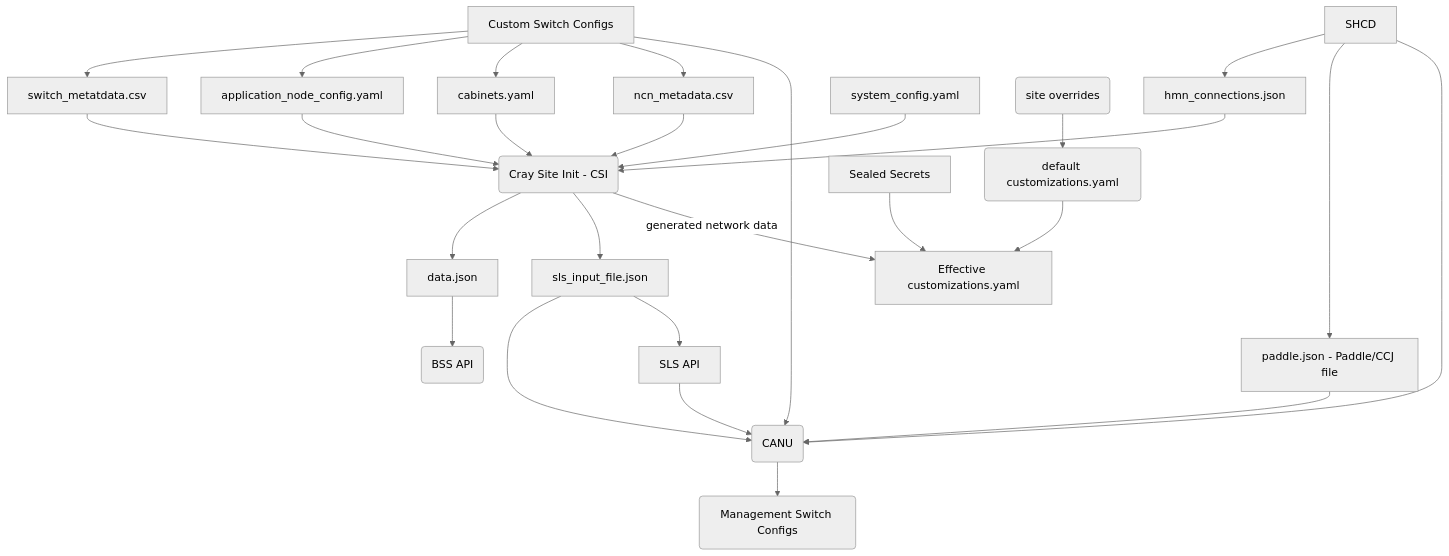
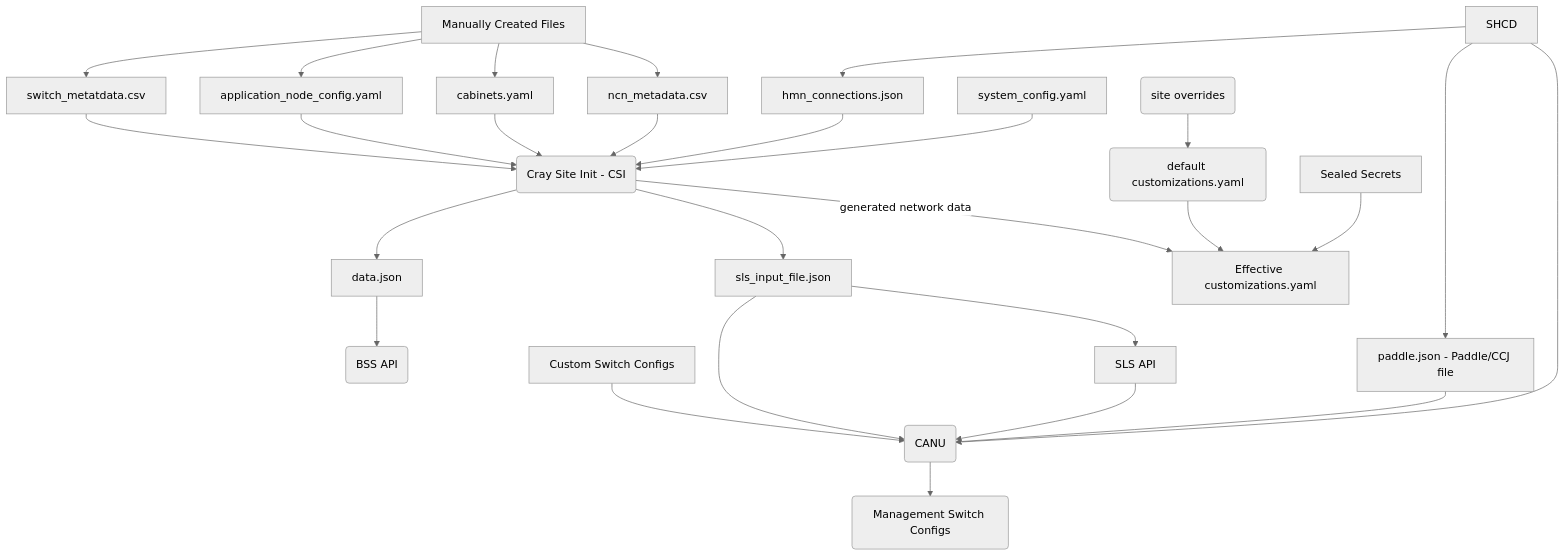
The diagram in install/README.md (sumithrb/docs-csm), drawn with Mermaid (neutral theme) before and after one commit.

Commit message:
Fixed the double-defined Z node in the mermaid graph.

````diff
--- a/install/README.md
+++ b/install/README.md
@@ -94,29 +94,29 @@
 ```mermaid
 graph TD
-    Z[Manually Created Files] --> F;
-    Z --> B;
-    Z --> C;
-    Z --> E;
+    Y[Manually Created Files] --> F;
+    Y --> B;
+    Y --> C;
+    Y --> E;
     A[SHCD] --> D[hmn_connections.json];
     B[application_node_config.yaml] --> G(Cray Site Init - CSI);
     C[cabinets.yaml] --> G
     D --> G
     E[ncn_metadata.csv] --> G
     F[switch_metatdata.csv] --> G;
     H[system_config.yaml] --> G
     G --> J[data.json]
     A --> K[paddle.json - Paddle/CCJ file]
     G --> L[sls_input_file.json]
     Z[Custom Switch Configs] --> I
     L --> I(CANU)
     A --> I;
     K --> I;
     L --> M[SLS API];
     M --> I;
     I --> N(Management Switch Configs);
     J --> O(BSS API)
     P(site overrides) --> Q(default customizations.yaml)
     G -->|generated network data| R[Effective customizations.yaml]
     S[Sealed Secrets] --> R
     Q --> R
 ```
````
